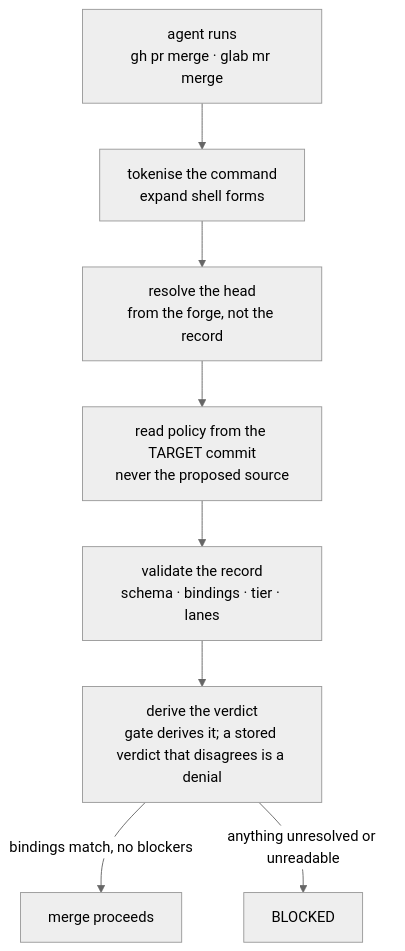
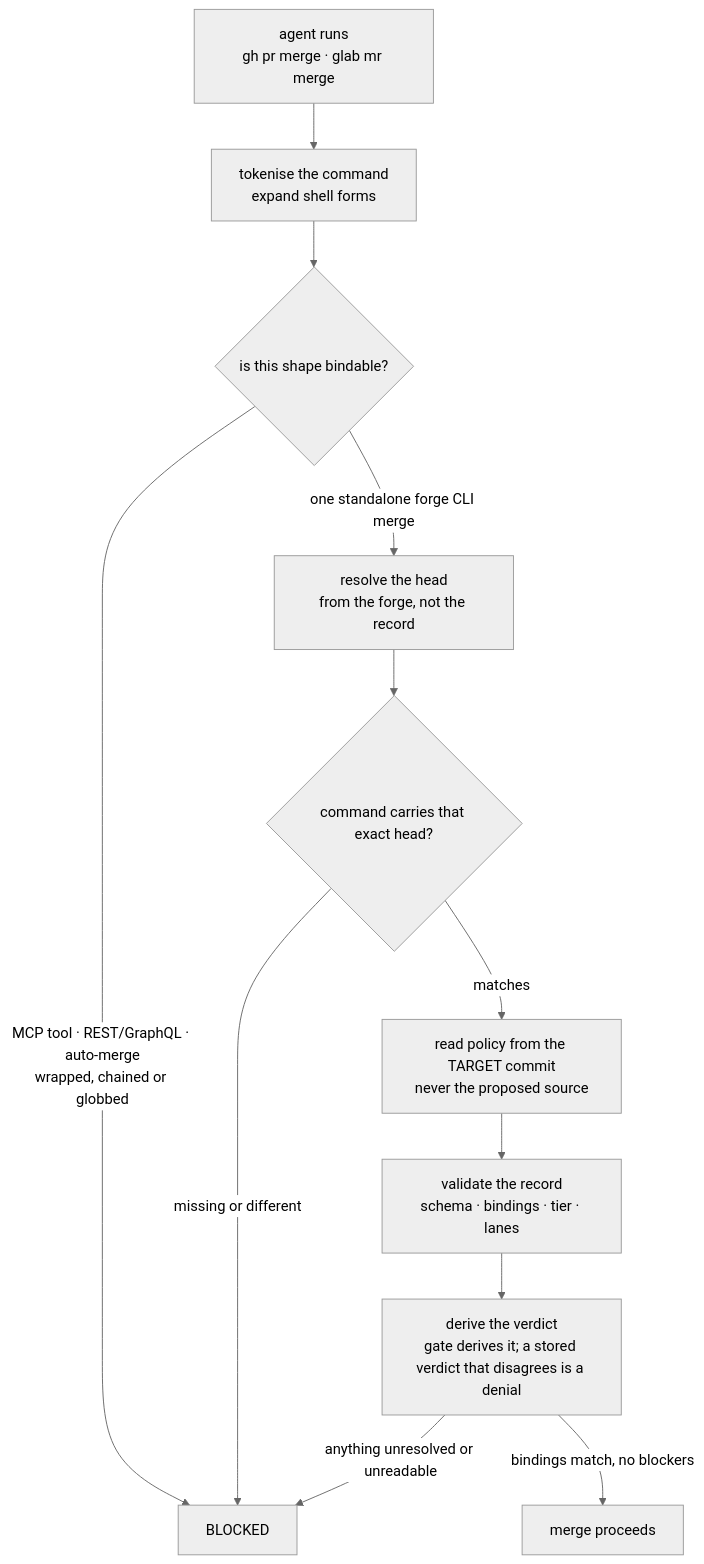
One commit to developerinlondon/agentkit changed the diagram in docs/site/src/content/docs/concepts/review-and-the-gate.md. Above: the diagram before and after it, drawn with Mermaid (neutral theme). The commit also changed other lines of this file and 61 other files, not shown here.

````diff
--- a/docs/site/src/content/docs/concepts/review-and-the-gate.md
+++ b/docs/site/src/content/docs/concepts/review-and-the-gate.md
@@ -51,11 +51,16 @@
 ```mermaid
 flowchart TD
   cmd["agent runs<br/>gh pr merge · glab mr merge"]
+  deny["BLOCKED"]
   cmd --> tok["tokenise the command<br/>expand shell forms"]
-  tok --> head["resolve the head<br/>from the forge, not the record"]
-  head --> pol["read policy from the TARGET commit<br/>never the proposed source"]
+  tok --> shape{"is this shape bindable?"}
+  shape -- "MCP tool · REST/GraphQL · auto-merge<br/>wrapped, chained or globbed" --> deny
+  shape -- "one standalone forge CLI merge" --> head["resolve the head<br/>from the forge, not the record"]
+  head --> pre{"command carries that exact head?"}
+  pre -- "missing or different" --> deny
+  pre -- "matches" --> pol["read policy from the TARGET commit<br/>never the proposed source"]
   pol --> val["validate the record<br/>schema · bindings · tier · lanes"]
   val --> verdict["derive the verdict<br/>gate derives it; a stored verdict that disagrees is a denial"]
   verdict -- "bindings match, no blockers" --> allow["merge proceeds"]
-  verdict -- "anything unresolved or unreadable" --> deny["BLOCKED"]
+  verdict -- "anything unresolved or unreadable" --> deny
 ```
````
